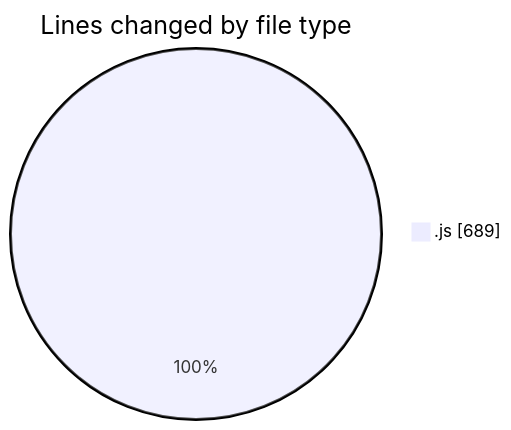
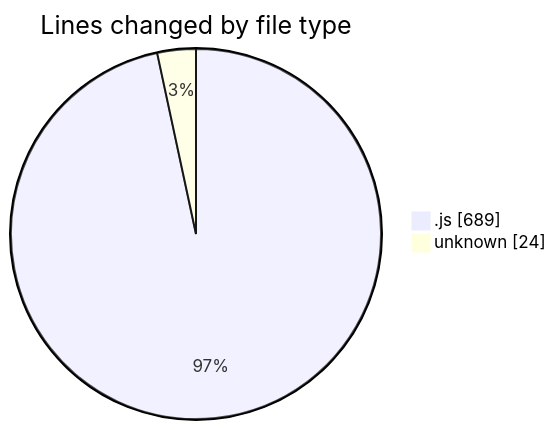
One commit to momahboobian/code-tracking changed the first of 2 diagrams in 2025-02-04/cda/README.md. Above: the diagram before and after it, drawn with Mermaid. The commit also changed other lines of this file and 1 other file, not shown here.

````diff
--- a/2025-02-04/cda/README.md
+++ b/2025-02-04/cda/README.md
@@ -22,5 +23,6 @@
 ```mermaid
 pie showData
 title Lines changed by file type
 ".js" : 689
+"unknown" : 24
 ```
````
